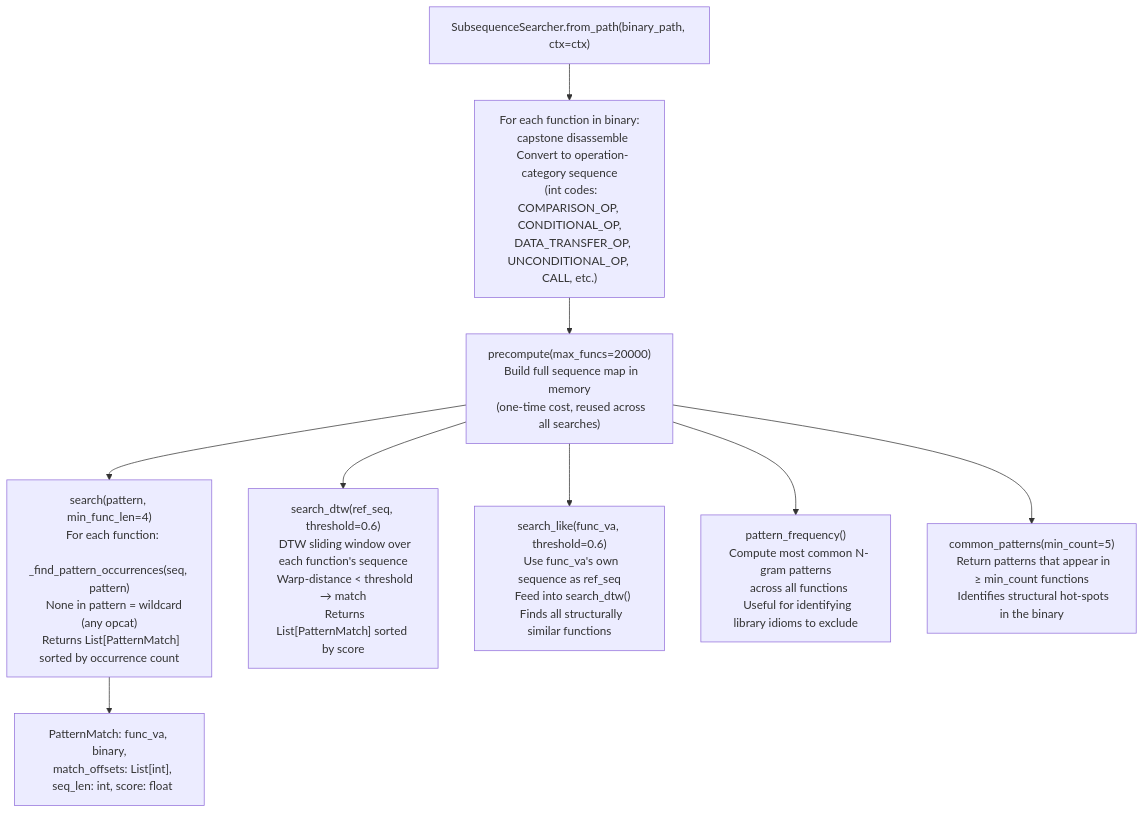
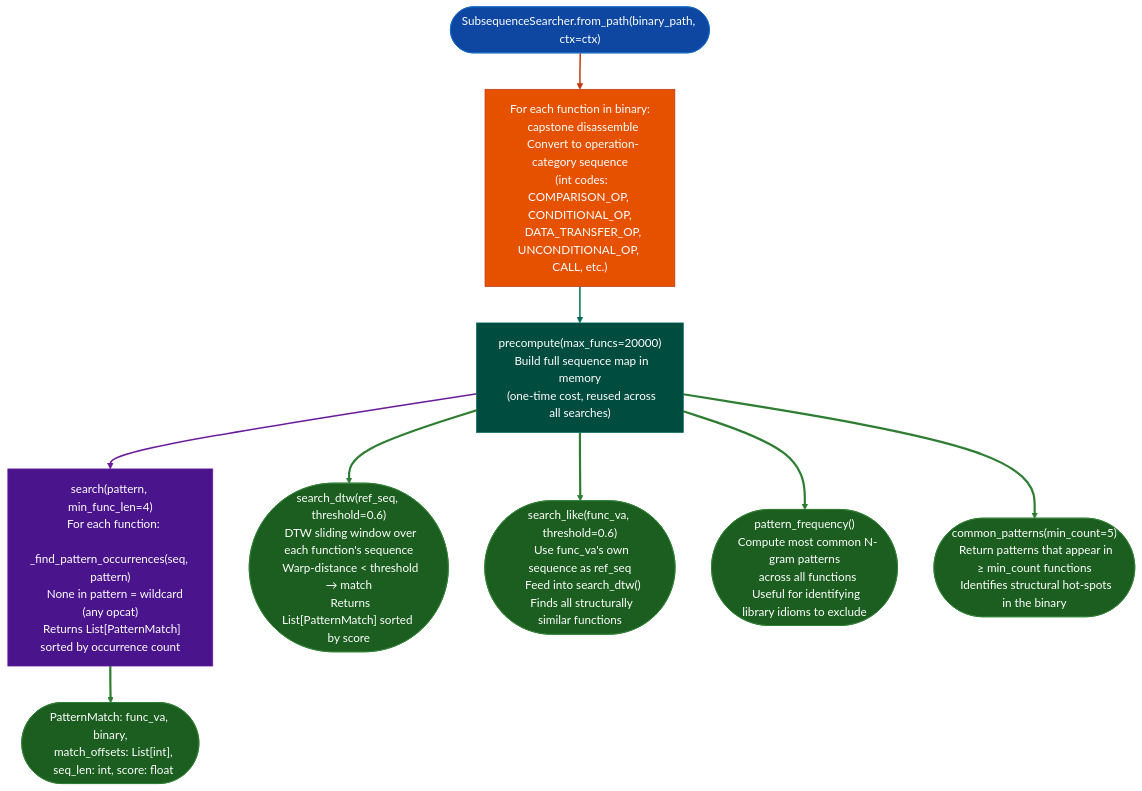
One commit to Ablation-Tool/ablation changed the diagram in docs/reference-modules/behavioral-subsequence-search.md. Above: the diagram before and after it, drawn with Mermaid. The commit also changed 320 other files, not shown here.

First line of the commit message:
docs: apply canonical Mermaid template to all 321 diagrams

````diff
--- a/docs/reference-modules/behavioral-subsequence-search.md
+++ b/docs/reference-modules/behavioral-subsequence-search.md
@@ -19,17 +19,31 @@
 ```mermaid
 flowchart TD
-    A["SubsequenceSearcher.from_path(binary_path, ctx=ctx)"] --> B["For each function in binary:\n  capstone disassemble\n  Convert to operation-category sequence\n  (int codes: COMPARISON_OP, CONDITIONAL_OP,\n   DATA_TRANSFER_OP, UNCONDITIONAL_OP, CALL, etc.)"]
-    B --> C["precompute(max_funcs=20000)\n  Build full sequence map in memory\n  (one-time cost, reused across all searches)"]
+    A(["SubsequenceSearcher.from_path(binary_path, ctx=ctx)"]):::input --> B["For each function in binary:\n  capstone disassemble\n  Convert to operation-category sequence\n  (int codes: COMPARISON_OP, CONDITIONAL_OP,\n   DATA_TRANSFER_OP, UNCONDITIONAL_OP, CALL, etc.)"]:::primary
+    B:::primary --> C["precompute(max_funcs=20000)\n  Build full sequence map in memory\n  (one-time cost, reused across all searches)"]:::secondary
 
-    C --> D["search(pattern, min_func_len=4)\n  For each function:\n    _find_pattern_occurrences(seq, pattern)\n    None in pattern = wildcard (any opcat)\n  Returns List[PatternMatch] sorted by occurrence count"]
+    C:::secondary --> D["search(pattern, min_func_len=4)\n  For each function:\n    _find_pattern_occurrences(seq, pattern)\n    None in pattern = wildcard (any opcat)\n  Returns List[PatternMatch] sorted by occurrence count"]:::tertiary
 
-    C --> E["search_dtw(ref_seq, threshold=0.6)\n  DTW sliding window over each function's sequence\n  Warp-distance < threshold → match\n  Returns List[PatternMatch] sorted by score"]
+    C:::secondary --> E(["search_dtw(ref_seq, threshold=0.6)\n  DTW sliding window over each function's sequence\n  Warp-distance < threshold → match\n  Returns List[PatternMatch] sorted by score"]):::output
 
-    C --> F["search_like(func_va, threshold=0.6)\n  Use func_va's own sequence as ref_seq\n  Feed into search_dtw()\n  Finds all structurally similar functions"]
+    C:::secondary --> F(["search_like(func_va, threshold=0.6)\n  Use func_va's own sequence as ref_seq\n  Feed into search_dtw()\n  Finds all structurally similar functions"]):::output
 
-    C --> G["pattern_frequency()\n  Compute most common N-gram patterns\n  across all functions\n  Useful for identifying library idioms to exclude"]
+    C:::secondary --> G(["pattern_frequency()\n  Compute most common N-gram patterns\n  across all functions\n  Useful for identifying library idioms to exclude"]):::output
 
-    C --> H["common_patterns(min_count=5)\n  Return patterns that appear in ≥ min_count functions\n  Identifies structural hot-spots in the binary"]
+    C:::secondary --> H(["common_patterns(min_count=5)\n  Return patterns that appear in ≥ min_count functions\n  Identifies structural hot-spots in the binary"]):::output
 
-    D --> I["PatternMatch: func_va, binary,\n  match_offsets: List[int],\n  seq_len: int, score: float"]
+    D:::tertiary --> I(["PatternMatch: func_va, binary,\n  match_offsets: List[int],\n  seq_len: int, score: float"]):::output
+    classDef input     fill:#0d47a1,stroke:#1565c0,color:#fff
+    classDef primary   fill:#e65100,stroke:#bf360c,color:#fff
+    classDef secondary fill:#004d40,stroke:#00695c,color:#fff
+    classDef tertiary  fill:#4a148c,stroke:#6a1b9a,color:#fff
+    classDef neutral   fill:#37474f,stroke:#546e7a,color:#fff
+    classDef output    fill:#1b5e20,stroke:#2e7d32,color:#fff
+    linkStyle 0 stroke:#bf360c,stroke-width:2px
+    linkStyle 1 stroke:#00695c,stroke-width:2px
+    linkStyle 2 stroke:#6a1b9a,stroke-width:2px
+    linkStyle 3 stroke:#2e7d32,stroke-width:3px
+    linkStyle 4 stroke:#2e7d32,stroke-width:3px
+    linkStyle 5 stroke:#2e7d32,stroke-width:3px
+    linkStyle 6 stroke:#2e7d32,stroke-width:3px
+    linkStyle 7 stroke:#2e7d32,stroke-width:3px
 ```
````
